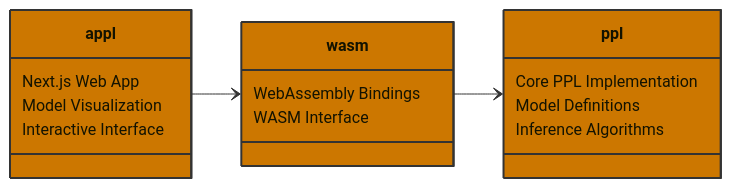
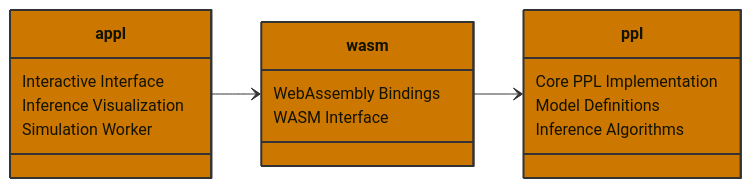
The diagram in README.md (mwbrulhardt/schemeppl), drawn with Mermaid before and after one commit. The commit also changed other lines of this file and 9 other files, not shown here.

````diff
--- a/README.md
+++ b/README.md
@@ -55,24 +142,24 @@
 ```mermaid
 classDiagram
     direction LR
     class appl {
-        Next.js Web App
-        Model Visualization
         Interactive Interface
+        Inference Visualization
+        Simulation Worker
     }
     class wasm {
         WebAssembly Bindings
         WASM Interface
     }
     class ppl {
         Core PPL Implementation
         Model Definitions
         Inference Algorithms
     }
     appl --> wasm
     wasm --> ppl
 
     style appl fill:#cc7700,stroke:#333,stroke-width:2px
     style wasm fill:#cc7700,stroke:#333,stroke-width:2px
     style ppl fill:#cc7700,stroke:#333,stroke-width:2px
 ```
````
